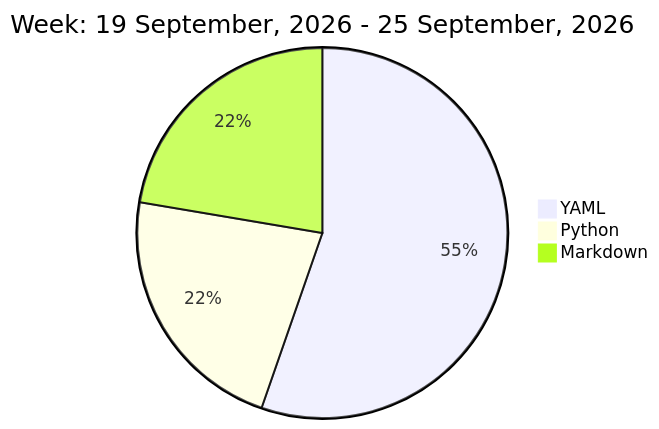
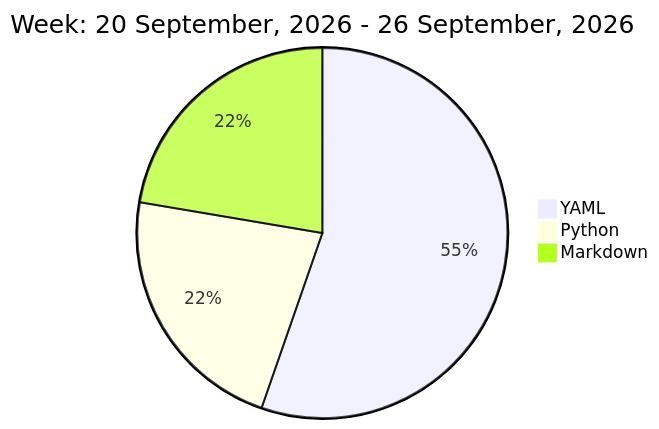
Before and after one commit to liubin95/liubin95: the diagram in README.md, drawn with Mermaid.

Commit message:
Updated the Graph with new Metrics

````diff
--- a/README.md
+++ b/README.md
@@ -32,7 +32,7 @@
 ```mermaid
  pie
-title Week: 19 September, 2026 - 25 September, 2026
+title Week: 20 September, 2026 - 26 September, 2026
  "YAML" : 5.25
  "Python" : 2.12
  "Markdown" : 2.12
 ```
````
